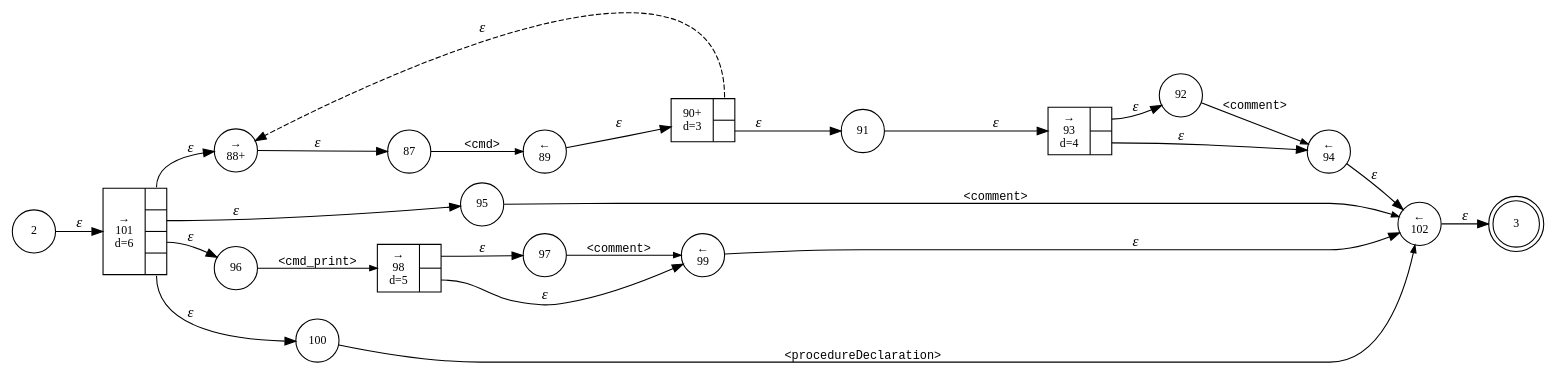
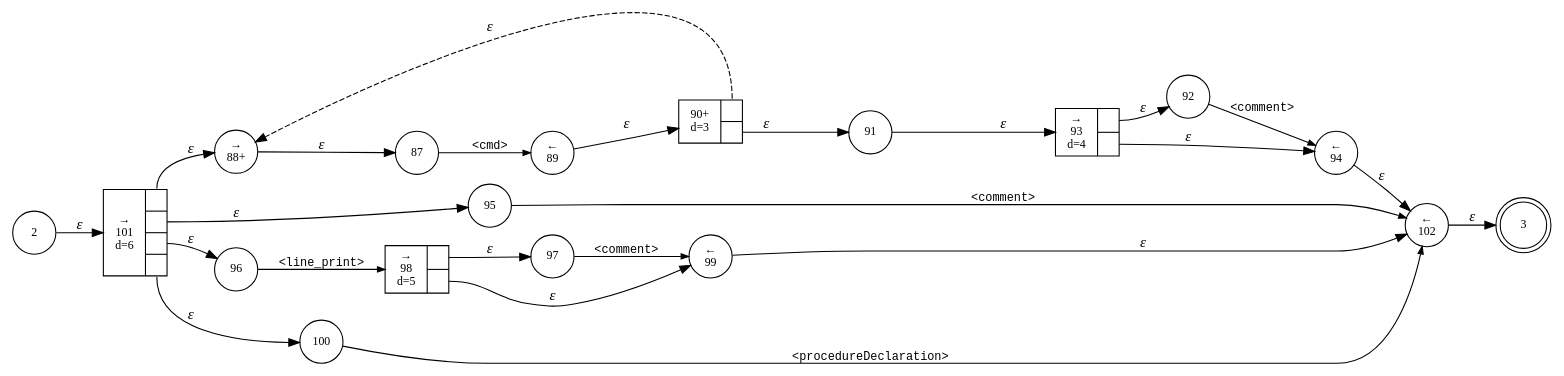
One commit to Shinigami072/Compilers-LogoInterpreter changed the diagram in interpreter/logo/logo.line.dot. Above: the diagram before and after it, drawn with Graphviz. The commit also changed 5 other files, not shown here.

```diff
--- a/interpreter/logo/logo.line.dot
+++ b/interpreter/logo/logo.line.dot
@@ -1,44 +1,44 @@
 digraph ATN {
 rankdir=LR;
 s3[fontsize=11, label="3", shape=doublecircle, fixedsize=true, width=.6];
 s96[fontsize=11,label="96", shape=circle, fixedsize=true, width=.55, peripheries=1];
 s97[fontsize=11,label="97", shape=circle, fixedsize=true, width=.55, peripheries=1];
 s2[fontsize=11,label="2", shape=circle, fixedsize=true, width=.55, peripheries=1];
 s98[fontsize=11,label="{&rarr;\n98\nd=5|{<p0>|<p1>}}", shape=record, fixedsize=false, peripheries=1];
 s99[fontsize=11,label="&larr;\n99", shape=circle, fixedsize=true, width=.55, peripheries=1];
 s100[fontsize=11,label="100", shape=circle, fixedsize=true, width=.55, peripheries=1];
 s101[fontsize=11,label="{&rarr;\n101\nd=6|{<p0>|<p1>|<p2>|<p3>}}", shape=record, fixedsize=false, peripheries=1];
 s102[fontsize=11,label="&larr;\n102", shape=circle, fixedsize=true, width=.55, peripheries=1];
 s87[fontsize=11,label="87", shape=circle, fixedsize=true, width=.55, peripheries=1];
 s88[fontsize=11,label="&rarr;\n88+", shape=circle, fixedsize=true, width=.55, peripheries=1];
 s89[fontsize=11,label="&larr;\n89", shape=circle, fixedsize=true, width=.55, peripheries=1];
 s90[fontsize=11,label="{90+\nd=3|{<p0>|<p1>}}", shape=record, fixedsize=false, peripheries=1];
 s91[fontsize=11,label="91", shape=circle, fixedsize=true, width=.55, peripheries=1];
 s92[fontsize=11,label="92", shape=circle, fixedsize=true, width=.55, peripheries=1];
 s93[fontsize=11,label="{&rarr;\n93\nd=4|{<p0>|<p1>}}", shape=record, fixedsize=false, peripheries=1];
 s94[fontsize=11,label="&larr;\n94", shape=circle, fixedsize=true, width=.55, peripheries=1];
 s95[fontsize=11,label="95", shape=circle, fixedsize=true, width=.55, peripheries=1];
 s2 -> s101 [fontname="Times-Italic", label="&epsilon;"];
 s101:p0 -> s88 [fontname="Times-Italic", label="&epsilon;"];
 s101:p1 -> s95 [fontname="Times-Italic", label="&epsilon;"];
 s101:p2 -> s96 [fontname="Times-Italic", label="&epsilon;"];
 s101:p3 -> s100 [fontname="Times-Italic", label="&epsilon;"];
 s88 -> s87 [fontname="Times-Italic", label="&epsilon;"];
 s95 -> s102 [fontsize=11, fontname="Courier", arrowsize=.7, label = "<comment>", arrowhead = normal];
-s96 -> s98 [fontsize=11, fontname="Courier", arrowsize=.7, label = "<cmd_print>", arrowhead = normal];
+s96 -> s98 [fontsize=11, fontname="Courier", arrowsize=.7, label = "<line_print>", arrowhead = normal];
 s100 -> s102 [fontsize=11, fontname="Courier", arrowsize=.7, label = "<procedureDeclaration>", arrowhead = normal];
 s87 -> s89 [fontsize=11, fontname="Courier", arrowsize=.7, label = "<cmd>", arrowhead = normal];
 s102 -> s3 [fontname="Times-Italic", label="&epsilon;"];
 s98:p0 -> s97 [fontname="Times-Italic", label="&epsilon;"];
 s98:p1 -> s99 [fontname="Times-Italic", label="&epsilon;"];
 s89 -> s90 [fontname="Times-Italic", label="&epsilon;"];
 s97 -> s99 [fontsize=11, fontname="Courier", arrowsize=.7, label = "<comment>", arrowhead = normal];
 s99 -> s102 [fontname="Times-Italic", label="&epsilon;"];
 s90:p0 -> s88 [fontname="Times-Italic", label="&epsilon;", style="dashed"];
 s90:p1 -> s91 [fontname="Times-Italic", label="&epsilon;"];
 s91 -> s93 [fontname="Times-Italic", label="&epsilon;"];
 s93:p0 -> s92 [fontname="Times-Italic", label="&epsilon;"];
 s93:p1 -> s94 [fontname="Times-Italic", label="&epsilon;"];
 s92 -> s94 [fontsize=11, fontname="Courier", arrowsize=.7, label = "<comment>", arrowhead = normal];
 s94 -> s102 [fontname="Times-Italic", label="&epsilon;"];
 }
```
